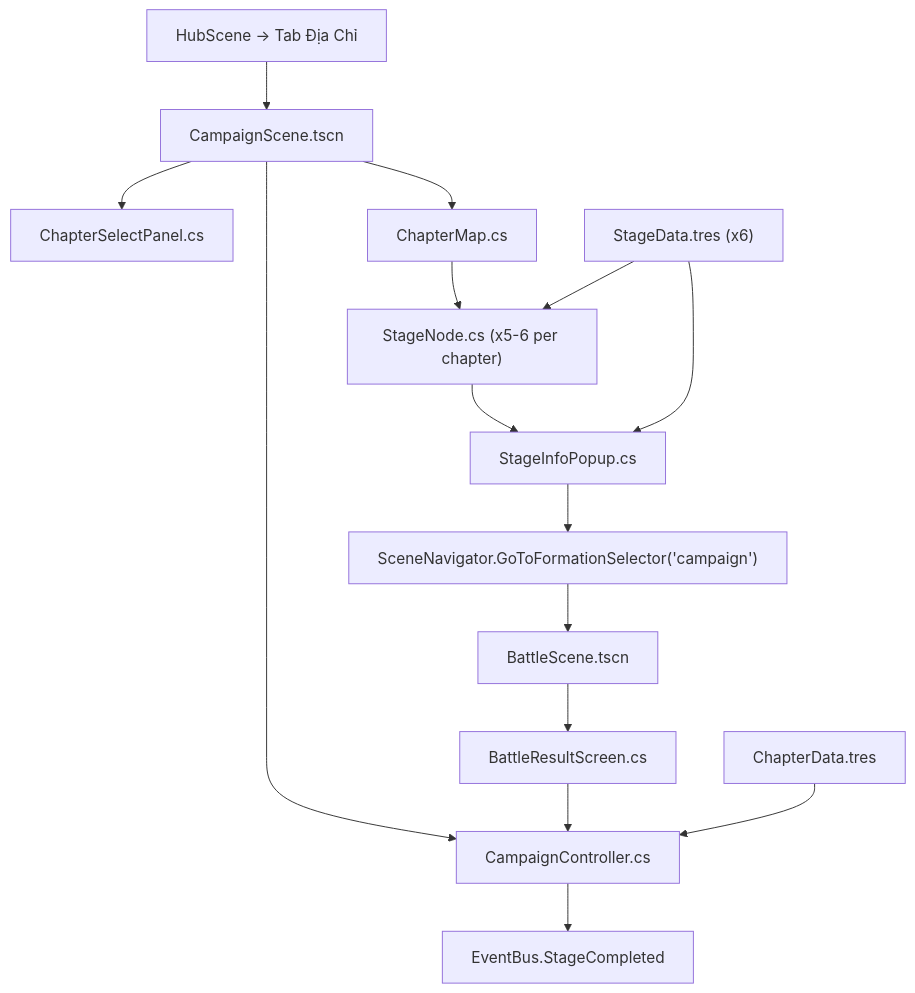
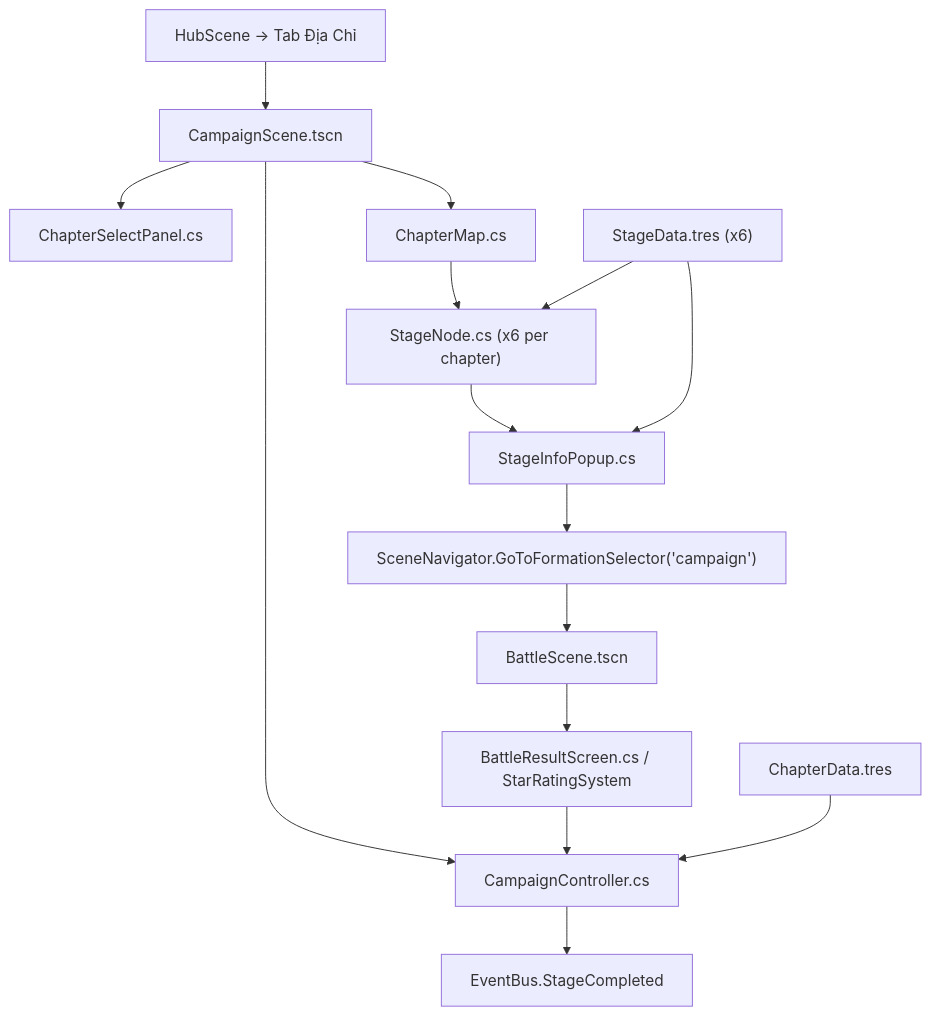
Before and after one commit to zonhanoz09/tamquoc3d: the diagram in plans/phase3_campaign_map.md, drawn with Mermaid. The commit also changed other lines of this file and 93 other files, not shown here.

Commit message:
feat(campaign): implement Phase 3 Campaign Map & PvE Stages with 3-star rating, popup, and DB sync

````diff
--- a/plans/phase3_campaign_map.md
+++ b/plans/phase3_campaign_map.md
@@ -37,19 +38,19 @@
 ```mermaid
 flowchart TD
     Hub["HubScene → Tab Địa Chỉ"] --> Camp["CampaignScene.tscn"]
     Camp --> Ctrl["CampaignController.cs"]
     Camp --> ChSel["ChapterSelectPanel.cs"]
     Camp --> ChMap["ChapterMap.cs"]
 
-    ChMap --> Stage["StageNode.cs (x5-6 per chapter)"]
+    ChMap --> Stage["StageNode.cs (x6 per chapter)"]
     Stage --> Popup["StageInfoPopup.cs"]
     Popup --> Form["SceneNavigator.GoToFormationSelector('campaign')"]
     Form --> Battle["BattleScene.tscn"]
-    Battle --> Result["BattleResultScreen.cs"]
+    Battle --> Result["BattleResultScreen.cs / StarRatingSystem"]
     Result --> Ctrl
     Ctrl --> EB["EventBus.StageCompleted"]
 
     ChData["ChapterData.tres"] --> Ctrl
     StData["StageData.tres (x6)"] --> Stage
     StData --> Popup
 ```
````
